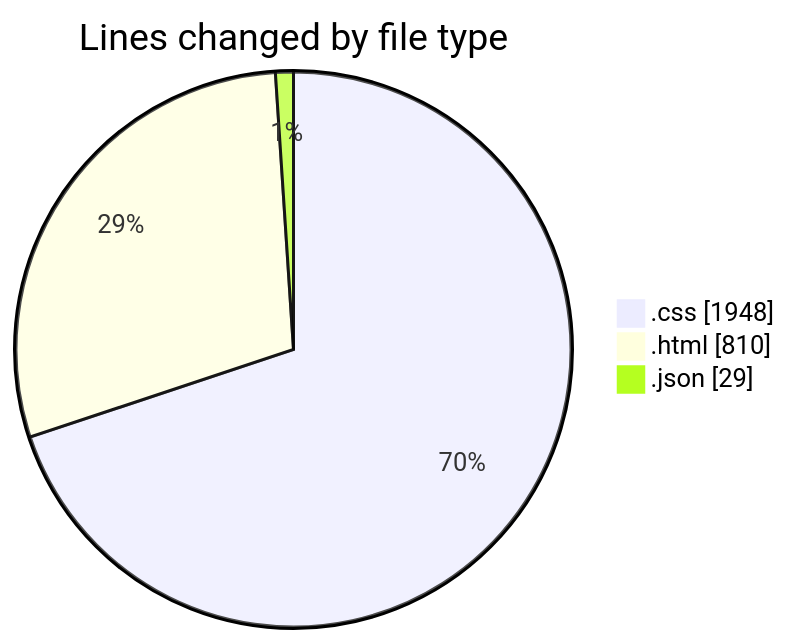
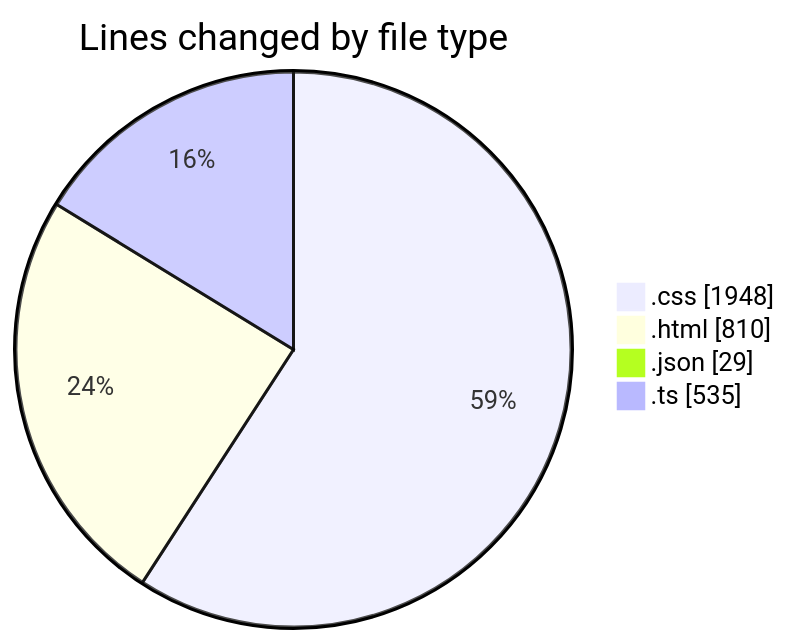
One commit to igalym/code-tracking changed the first of 2 diagrams in 2025-12-30/budget_front_nest/README.md. Above: the diagram before and after it, drawn with Mermaid. The commit also changed other lines of this file and 1 other file, not shown here.

````diff
--- a/2025-12-30/budget_front_nest/README.md
+++ b/2025-12-30/budget_front_nest/README.md
@@ -30,7 +31,8 @@
 ```mermaid
 pie showData
 title Lines changed by file type
 ".css" : 1948
 ".html" : 810
 ".json" : 29
+".ts" : 535
 ```
````
